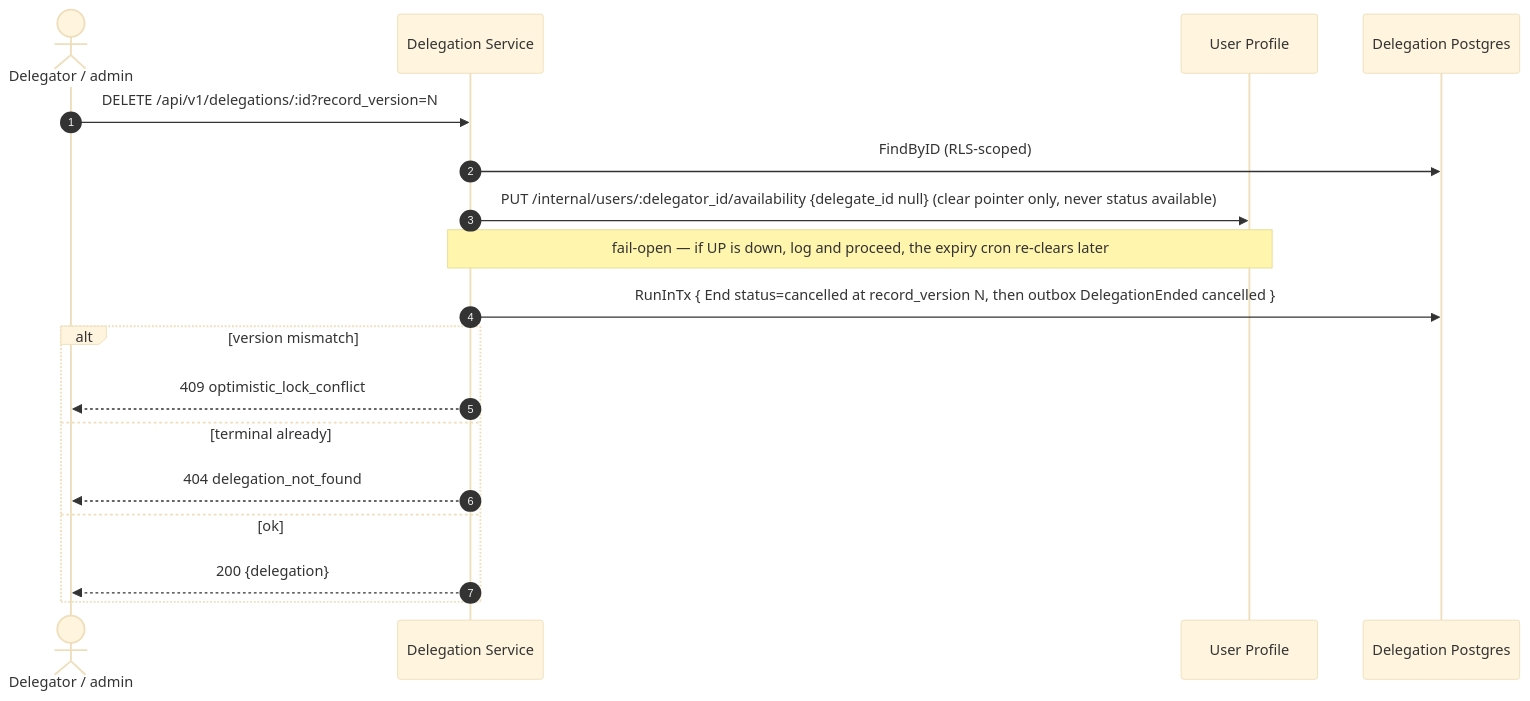
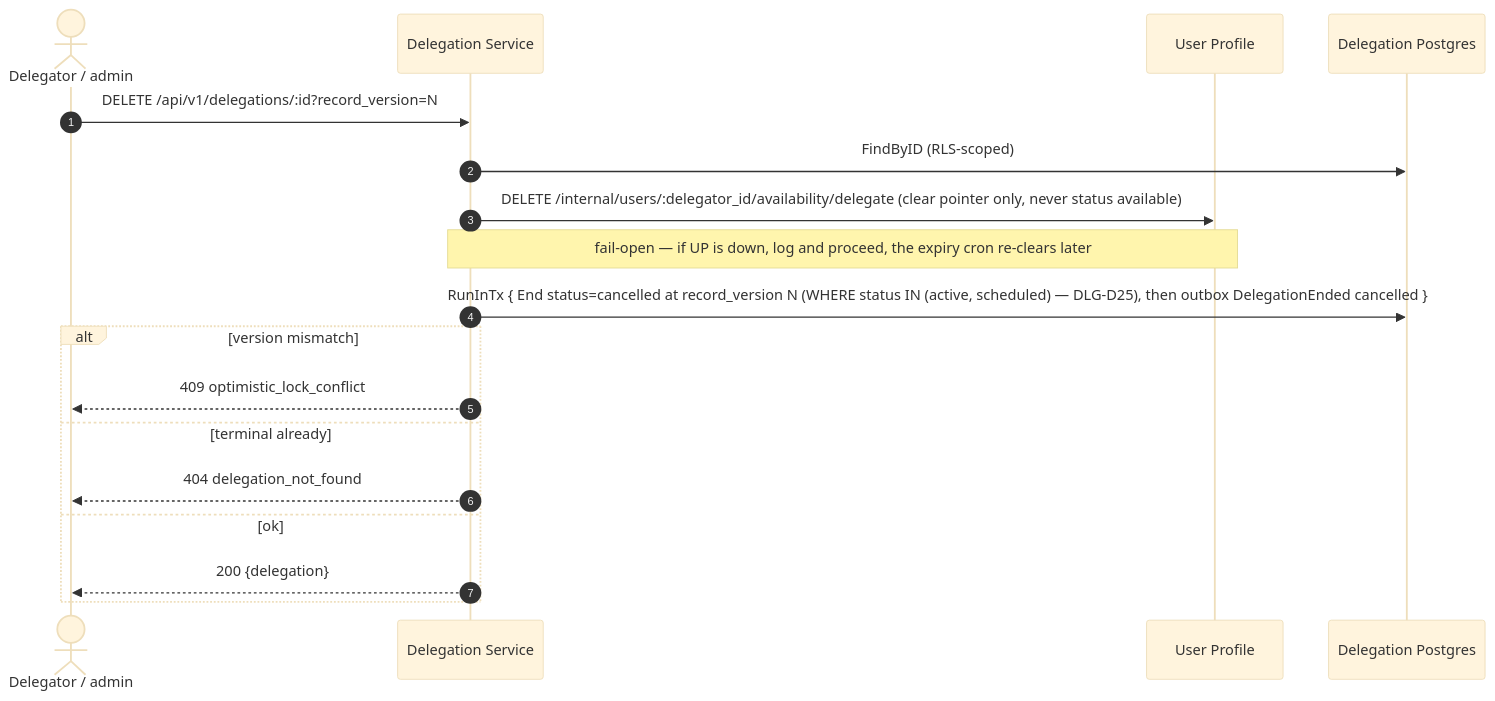
One commit to BCBP-SOLUTIONS-FZC-LLC/iam-delegation changed the diagram in docs/architecture/mermaid/cancel-flow.mmd. Above: the diagram before and after it, drawn with Mermaid (base theme). The commit also changed 48 other files, not shown here.

```diff
--- a/docs/architecture/mermaid/cancel-flow.mmd
+++ b/docs/architecture/mermaid/cancel-flow.mmd
@@ -1,19 +1,19 @@
 sequenceDiagram
     autonumber
     actor U as Delegator / admin
     participant DLG as Delegation Service
     participant UP as User Profile
     participant PG as Delegation Postgres
 
     U->>DLG: DELETE /api/v1/delegations/:id?record_version=N
     DLG->>PG: FindByID (RLS-scoped)
-    DLG->>UP: PUT /internal/users/:delegator_id/availability {delegate_id null} (clear pointer only, never status available)
+    DLG->>UP: DELETE /internal/users/:delegator_id/availability/delegate (clear pointer only, never status available)
     Note over DLG,UP: fail-open — if UP is down, log and proceed, the expiry cron re-clears later
-    DLG->>PG: RunInTx { End status=cancelled at record_version N, then outbox DelegationEnded cancelled }
+    DLG->>PG: RunInTx { End status=cancelled at record_version N (WHERE status IN (active, scheduled) — DLG-D25), then outbox DelegationEnded cancelled }
     alt version mismatch
         DLG-->>U: 409 optimistic_lock_conflict
     else terminal already
         DLG-->>U: 404 delegation_not_found
     else ok
         DLG-->>U: 200 {delegation}
     end
```
